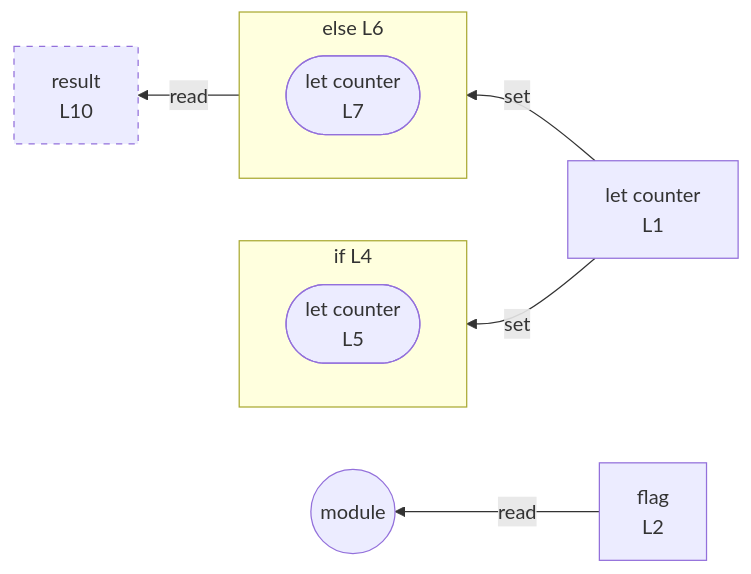
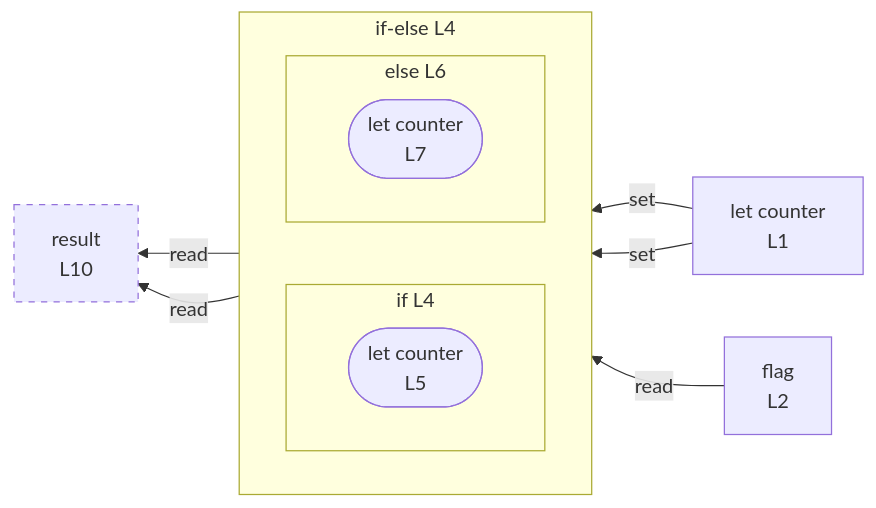
One commit to crescware/unsnarl changed the diagram in integration/fixtures/control-if/preview.md. Above: the diagram before and after it, drawn with Mermaid. The commit also changed 32 other files, not shown here.

First line of the commit message:
feat(mermaid): branch-aware reads and predicate edges for if/else

````diff
--- a/integration/fixtures/control-if/preview.md
+++ b/integration/fixtures/control-if/preview.md
@@ -20,21 +20,24 @@
 ```mermaid
 flowchart RL
   n_scope_0_counter_4["let counter<br/>L1"]
   n_scope_0_flag_23["flag<br/>L2"]
   n_scope_0_result_97["result<br/>L10"]
-  subgraph s_scope_1["if L4"]
+  subgraph cont_if_scope_0_37["if-else L4"]
     direction RL
-    wr_ref_1(["let counter<br/>L5"])
-  end
-  subgraph s_scope_2["else L6"]
-    direction RL
-    wr_ref_2(["let counter<br/>L7"])
+    subgraph s_scope_1["if L4"]
+      direction RL
+      wr_ref_1(["let counter<br/>L5"])
+    end
+    subgraph s_scope_2["else L6"]
+      direction RL
+      wr_ref_2(["let counter<br/>L7"])
+    end
   end
   n_scope_0_counter_4 -->|set| wr_ref_1
   n_scope_0_counter_4 -->|set| wr_ref_2
-  n_scope_0_flag_23 -->|read| module_root
+  n_scope_0_flag_23 -->|read| cont_if_scope_0_37
+  wr_ref_1 -->|read| n_scope_0_result_97
   wr_ref_2 -->|read| n_scope_0_result_97
-  module_root((module))
   classDef unused stroke-dasharray: 5 5;
   class n_scope_0_result_97 unused;
 ```
````
